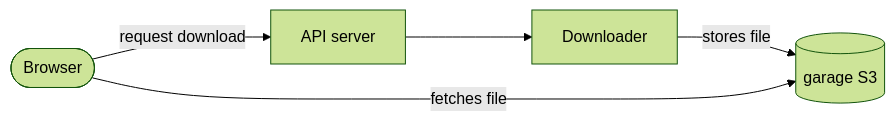
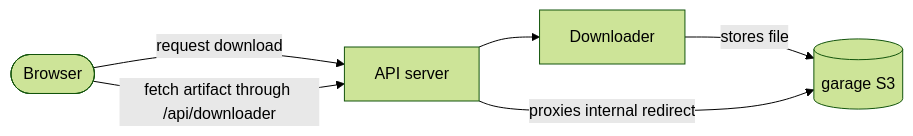
Before and after one commit to TypeType-Video/Docs-TypeType: the third of 3 diagrams in docs/self-hosting/architecture.md, drawn with Mermaid (forest theme). The commit also changed other lines of this file and 10 other files, not shown here.

````diff
--- a/docs/self-hosting/architecture.md
+++ b/docs/self-hosting/architecture.md
@@ -48,7 +69,8 @@
 ```mermaid
 flowchart LR
     B([Browser]) -->|request download| S[API server]
     S --> DL[Downloader]
     DL -->|stores file| G[(garage S3)]
-    B -->|fetches file| G
+    B -->|fetch artifact through /api/downloader| S
+    S -->|proxies internal redirect| G
 ```
````
